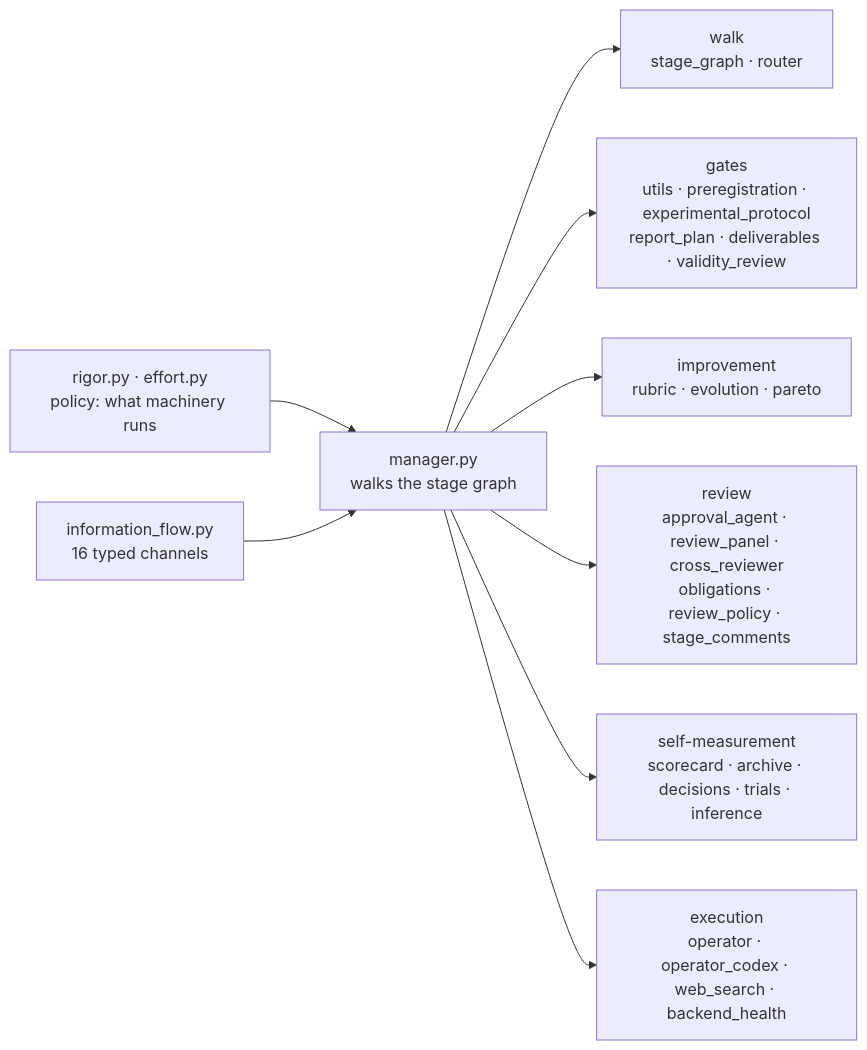
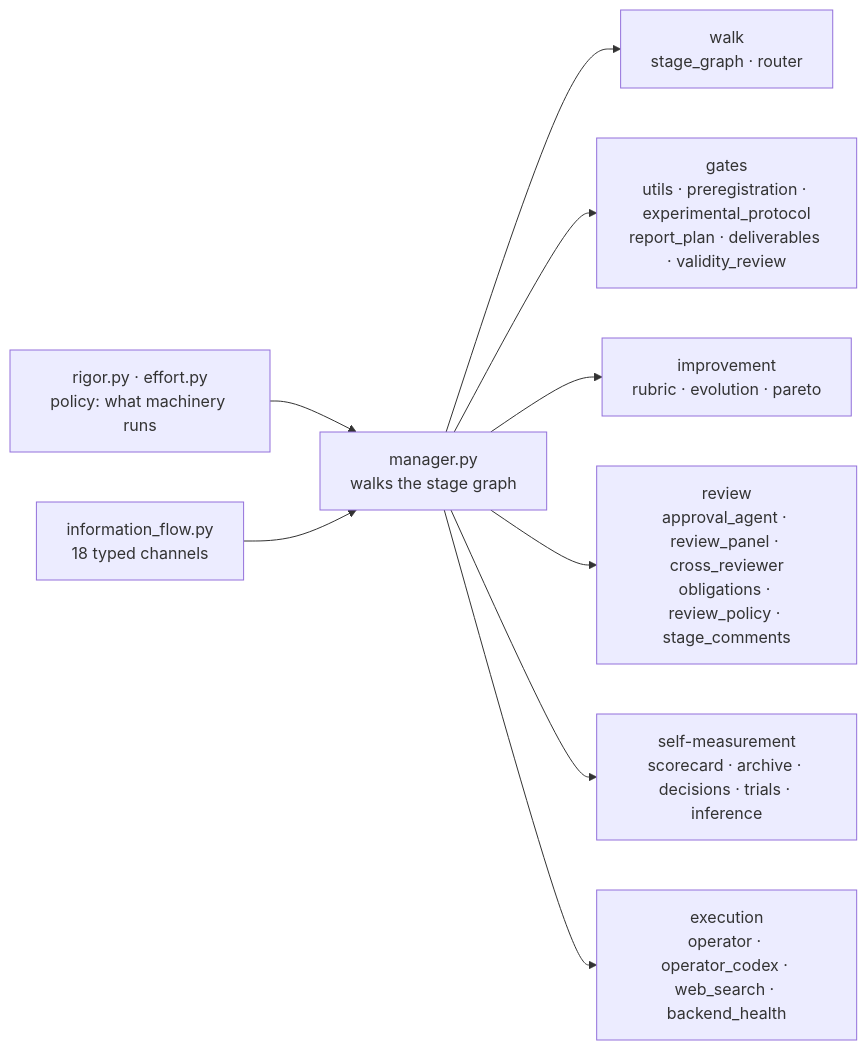
One commit to tangxiangru/AutoR changed the second of 2 diagrams in README.md. Above: the diagram before and after it, drawn with Mermaid. The commit also changed other lines of this file and 8 other files, not shown here.

````diff
--- a/README.md
+++ b/README.md
@@ -707,11 +716,11 @@
 ```mermaid
 flowchart LR
     P[rigor.py · effort.py<br/>policy: what machinery runs] --> M
-    C[information_flow.py<br/>16 typed channels] --> M
+    C[information_flow.py<br/>18 typed channels] --> M
     M[manager.py<br/>walks the stage graph] --> W[walk<br/>stage_graph · router]
     M --> G[gates<br/>utils · preregistration · experimental_protocol<br/>report_plan · deliverables · validity_review]
     M --> I[improvement<br/>rubric · evolution · pareto]
     M --> R[review<br/>approval_agent · review_panel · cross_reviewer<br/>obligations · review_policy · stage_comments]
     M --> S[self-measurement<br/>scorecard · archive · decisions · trials · inference]
     M --> X[execution<br/>operator · operator_codex · web_search · backend_health]
 ```
````
